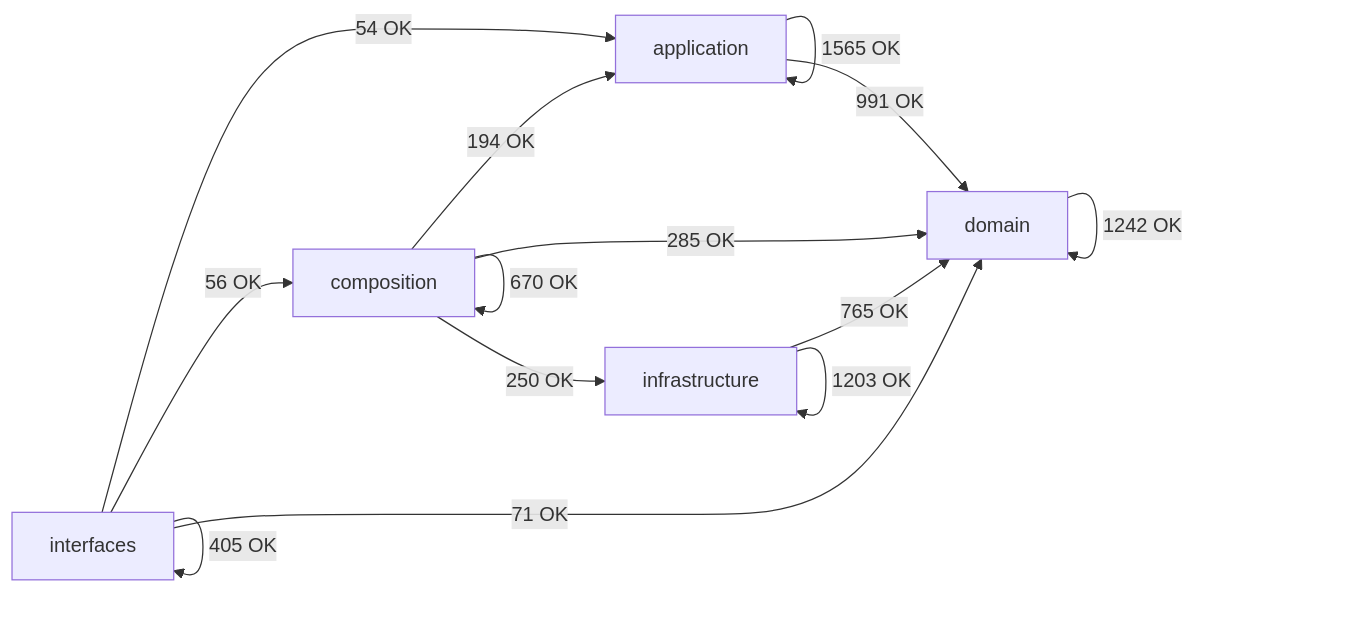
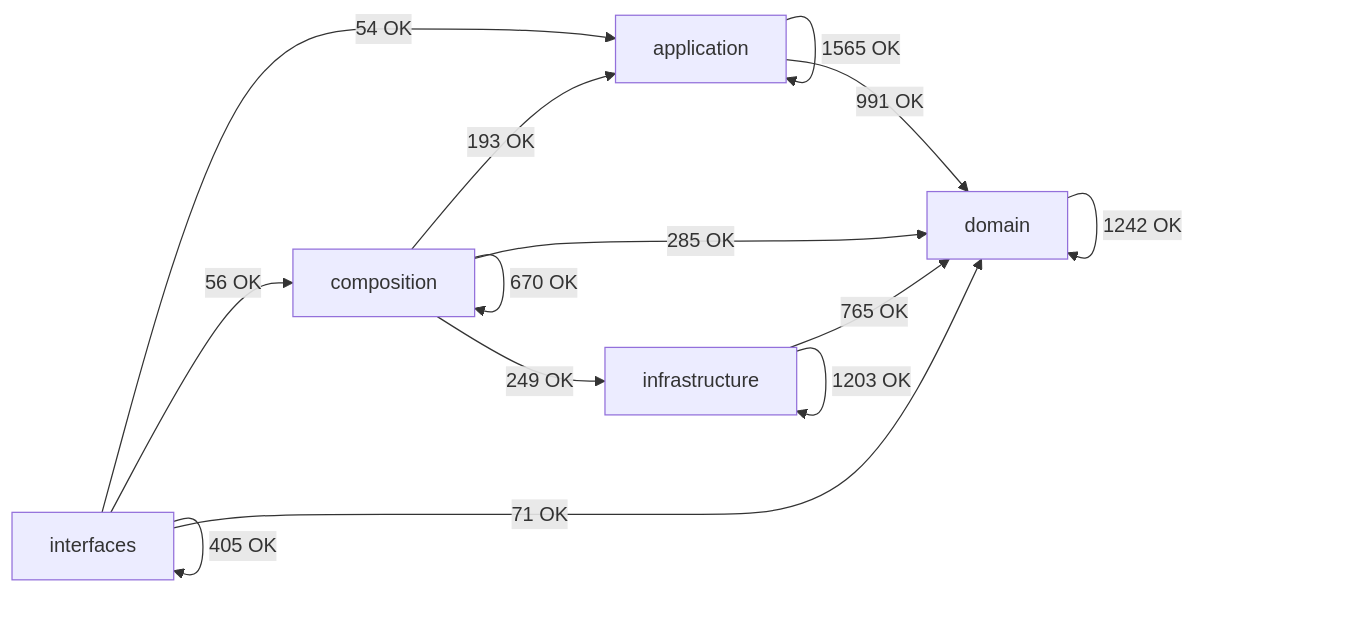
The diagram in docs/02-architecture/generated/module-dependency-map.md (SatoryKono/BioactivityDataAcquisition), drawn with Mermaid before and after one commit. The commit also changed other lines of this file and 14 other files, not shown here.

````diff
--- a/docs/02-architecture/generated/module-dependency-map.md
+++ b/docs/02-architecture/generated/module-dependency-map.md
@@ -17,21 +17,21 @@
 ```mermaid
 flowchart LR
     domain[domain]
     application[application]
     infrastructure[infrastructure]
     composition[composition]
     interfaces[interfaces]
     application -->|1565 OK| application
     application -->|991 OK| domain
-    composition -->|194 OK| application
+    composition -->|193 OK| application
     composition -->|670 OK| composition
     composition -->|285 OK| domain
-    composition -->|250 OK| infrastructure
+    composition -->|249 OK| infrastructure
     domain -->|1242 OK| domain
     infrastructure -->|765 OK| domain
     infrastructure -->|1203 OK| infrastructure
     interfaces -->|54 OK| application
     interfaces -->|56 OK| composition
     interfaces -->|71 OK| domain
     interfaces -->|405 OK| interfaces
 ```
````
